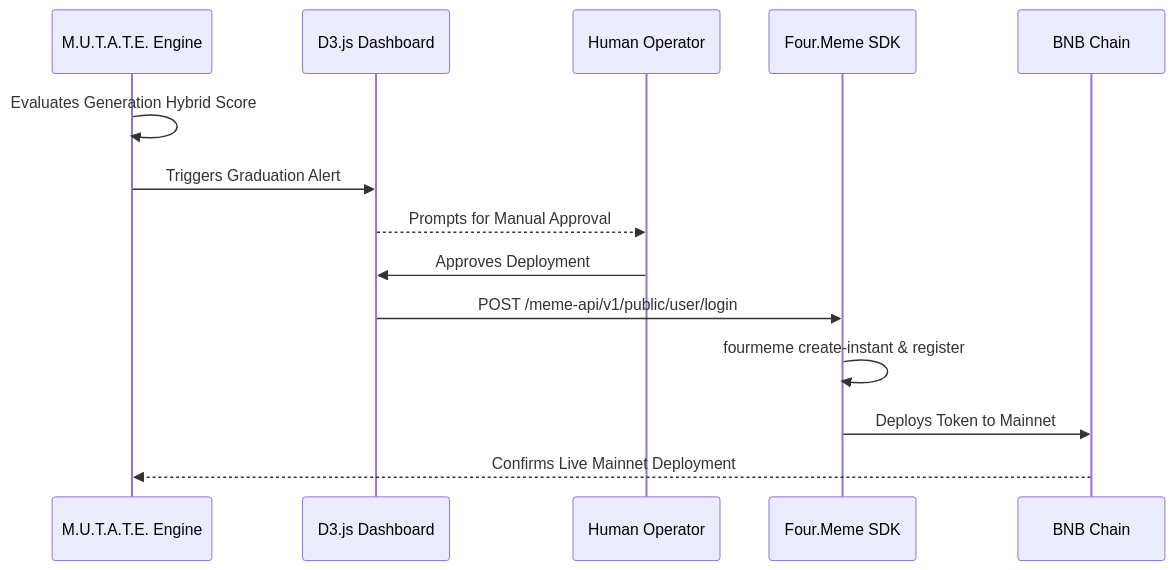
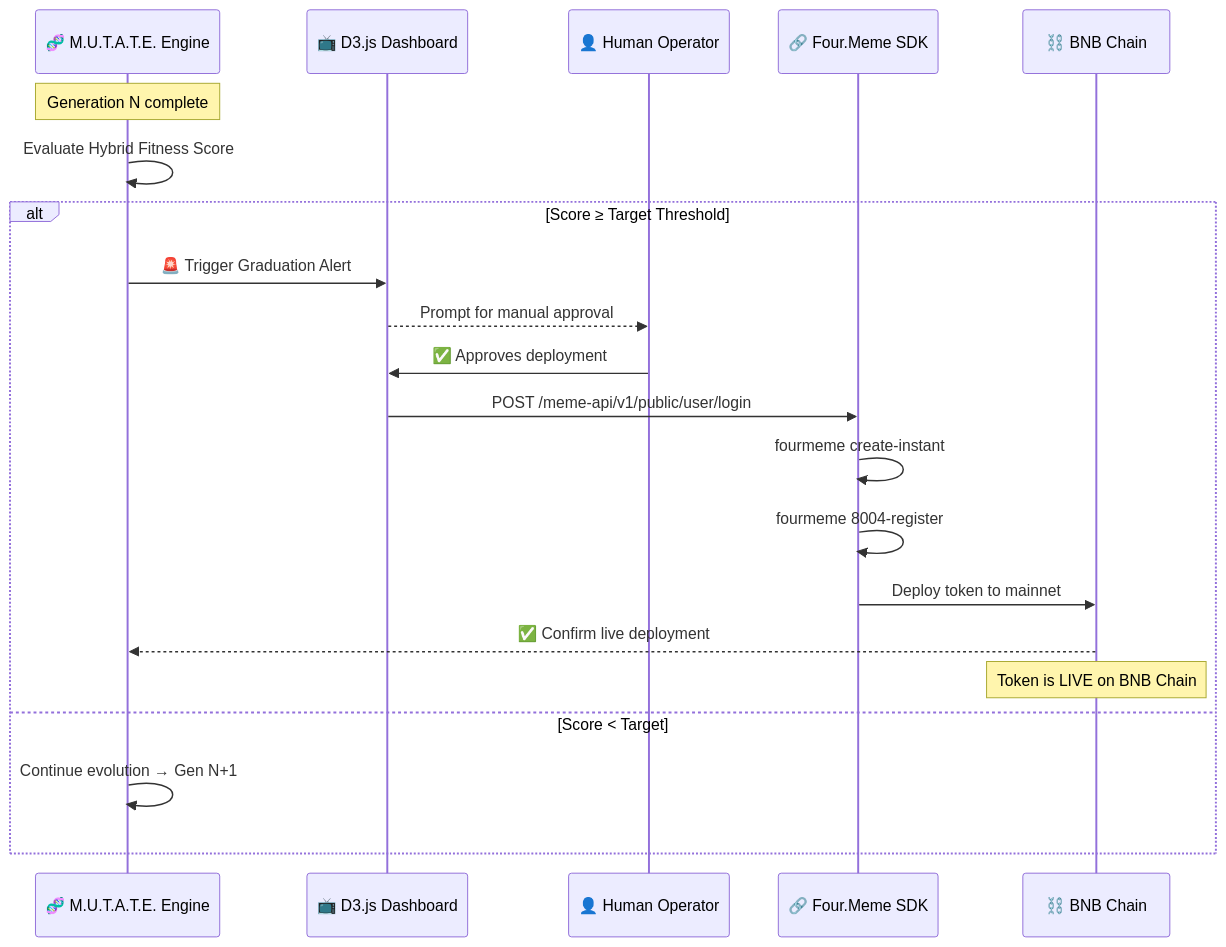
One commit to nikhlu07/M.U.T.A.T.E changed the ninth of 10 diagrams in README.md. Above: the diagram before and after it, drawn with Mermaid. The commit also changed other lines of this file, not shown here.

````diff
--- a/README.md
+++ b/README.md
@@ -249,17 +545,25 @@
 ```mermaid
 sequenceDiagram
-    participant S as M.U.T.A.T.E. Engine
-    participant D as D3.js Dashboard
-    participant H as Human Operator
-    participant F as Four.Meme SDK
-    participant B as BNB Chain
+    participant S as 🧬 M.U.T.A.T.E. Engine
+    participant D as 📺 D3.js Dashboard
+    participant H as 👤 Human Operator
+    participant F as 🔗 Four.Meme SDK
+    participant B as ⛓️ BNB Chain
+
+    Note over S: Generation N complete
+    S->>S: Evaluate Hybrid Fitness Score
     
-    S->>S: Evaluates Generation Hybrid Score
-    S->>D: Triggers Graduation Alert
-    D-->>H: Prompts for Manual Approval
-    H->>D: Approves Deployment
-    D->>F: POST /meme-api/v1/public/user/login
-    F->>F: fourmeme create-instant & register
-    F->>B: Deploys Token to Mainnet
-    B-->>S: Confirms Live Mainnet Deployment
+    alt Score ≥ Target Threshold
+        S->>D: 🚨 Trigger Graduation Alert
+        D-->>H: Prompt for manual approval
+        H->>D: ✅ Approves deployment
+        D->>F: POST /meme-api/v1/public/user/login
+        F->>F: fourmeme create-instant
+        F->>F: fourmeme 8004-register
+        F->>B: Deploy token to mainnet
+        B-->>S: ✅ Confirm live deployment
+        Note over B: Token is LIVE on BNB Chain
+    else Score < Target
+        S->>S: Continue evolution → Gen N+1
+    end
 ```
````
